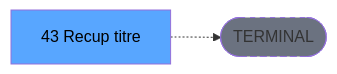
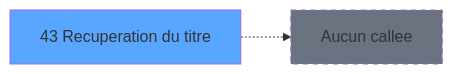
The third of 3 diagrams in .openspec/specs/ADH-IDE-43.md (thonyAGP/magic-migration), drawn with Mermaid before and after one commit. The commit also changed other lines of this file and 311 other files, not shown here.

````diff
--- a/.openspec/specs/ADH-IDE-43.md
+++ b/.openspec/specs/ADH-IDE-43.md
@@ -197,8 +246,8 @@
 ```mermaid
 graph LR
-    T[43 Recup titre]
-    TERM([TERMINAL])
-    T -.-> TERM
-    style TERM fill:#6b7280,stroke-dasharray: 5 5
-    style T fill:#58a6ff,color:#000
+    T43[43 Recuperation du titre]
+    style T43 fill:#58a6ff
+    NONE[Aucun callee]
+    T43 -.-> NONE
+    style NONE fill:#6b7280,stroke-dasharray: 5 5
 ```
````
